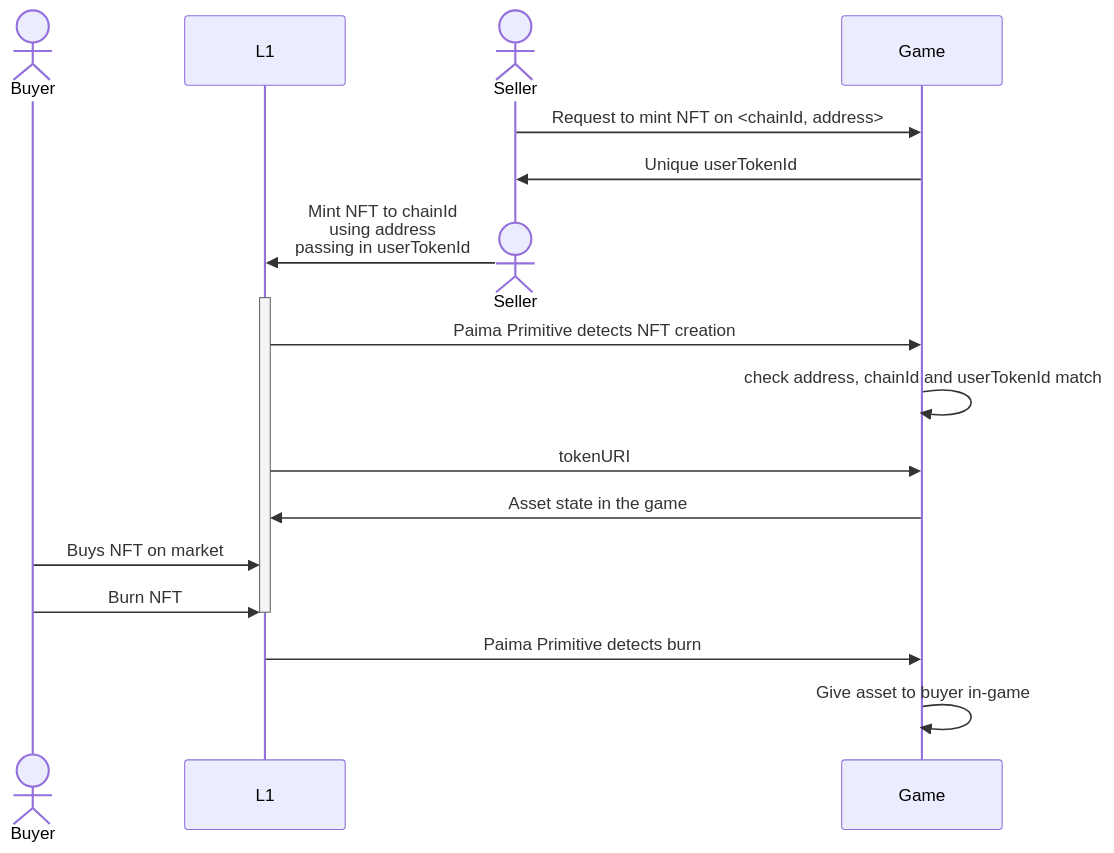
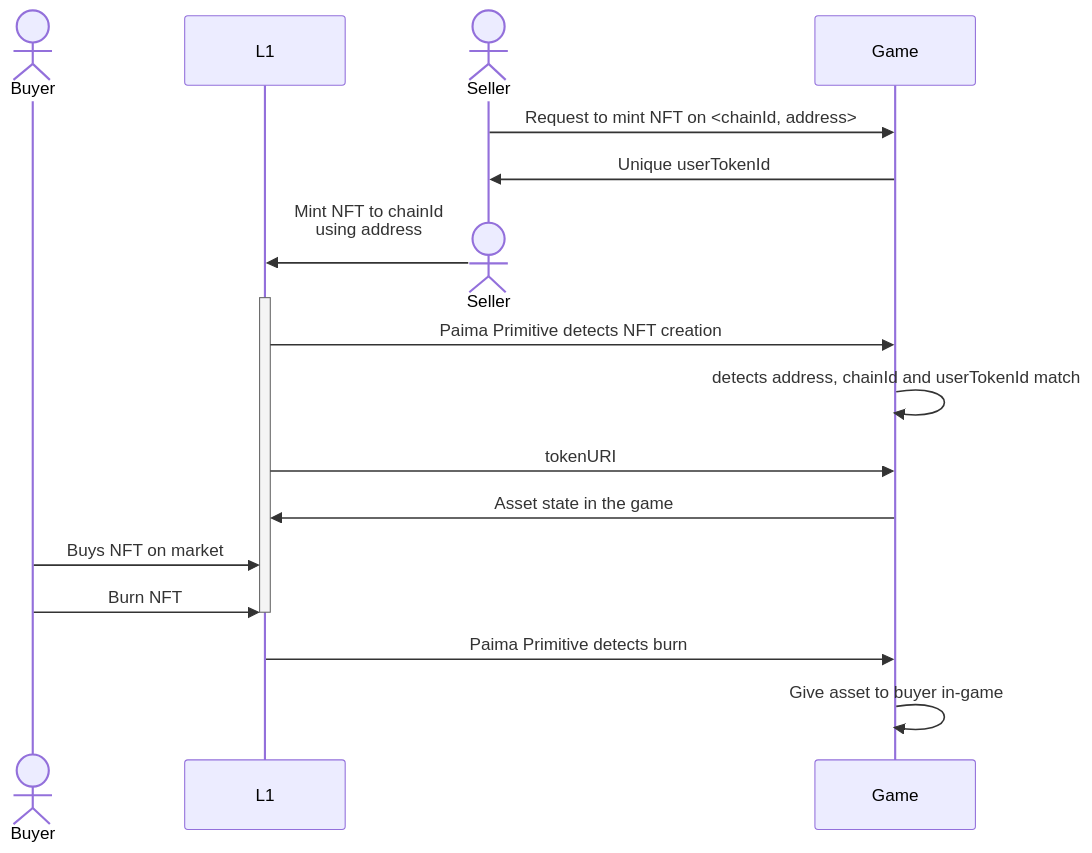
One commit to PaimaStudios/paima-engine-docs changed the first of 4 diagrams in docs/home/20000-PRCs/prc-3.md. Above: the diagram before and after it, drawn with Mermaid. The commit also changed other lines of this file, not shown here.

````diff
--- a/docs/home/20000-PRCs/prc-3.md
+++ b/docs/home/20000-PRCs/prc-3.md
@@ -76,21 +77,21 @@
 ```mermaid
 sequenceDiagram
     actor Buyer
     participant L1
     actor Seller
     participant Game
     Seller->>Game: Request to mint NFT on <chainId, address>
     Game->>Seller: Unique userTokenId
     destroy Seller
-    Seller->>L1: Mint NFT to chainId <br> using address<br> passing in userTokenId
+    Seller->>L1: Mint NFT to chainId <br> using address<br>
     activate L1
     L1->>Game: Paima Primitive detects NFT creation
-    Game->>Game: check address, chainId and userTokenId match
+    Game->>Game: detects address, chainId and userTokenId match
     L1->>Game: tokenURI
     Game->>L1: Asset state in the game
     Buyer->>L1: Buys NFT on market
     Buyer->>L1: Burn NFT
     deactivate L1
     L1->>Game: Paima Primitive detects burn
     Game->>Game: Give asset to buyer in-game
 ```
````
